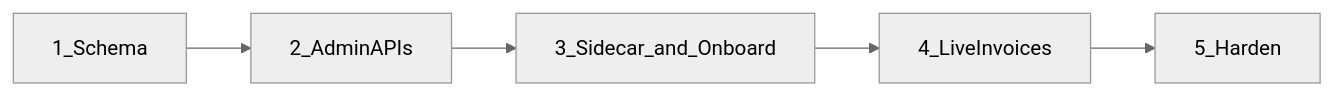
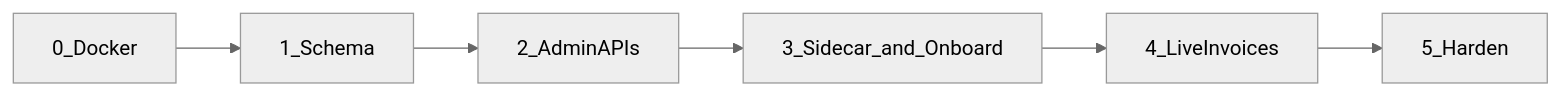
One commit to anter0101/zatca-gateway-public changed the diagram in plan/README.md. Above: the diagram before and after it, drawn with Mermaid (neutral theme). The commit also changed other lines of this file and 2 other files, not shown here.

Commit message:
Introduce Phase 0 documentation for Docker Compose stack, detailing service architecture, environment configuration, and local development setup. Update Phase 1 dependencies to reference Phase 0. Enhance README to include Phase 0 overview and deliverables.

````diff
--- a/plan/README.md
+++ b/plan/README.md
@@ -25,7 +25,8 @@
 ```mermaid
 flowchart LR
-  P1[1_Schema] --> P2[2_AdminAPIs]
+  P0[0_Docker] --> P1[1_Schema]
+  P1 --> P2[2_AdminAPIs]
   P2 --> P3[3_Sidecar_and_Onboard]
   P3 --> P4[4_LiveInvoices]
   P4 --> P5[5_Harden]
 ```
````
